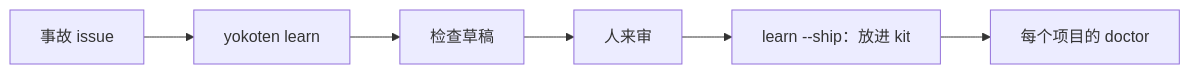
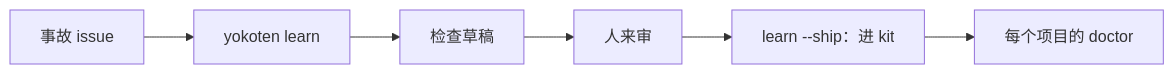
The second of 2 diagrams in docs/i18n/zh-CN/guide.md (coo1white/yokoten), drawn with Mermaid before and after one commit. The commit also changed other lines of this file and 6 other files, not shown here.

````diff
--- a/docs/i18n/zh-CN/guide.md
+++ b/docs/i18n/zh-CN/guide.md
@@ -1021,8 +423,8 @@
 ```mermaid
 flowchart LR
   A[事故 issue] --> B[yokoten learn]
   B --> C[检查草稿]
   C --> D[人来审]
-  D --> E[learn --ship：放进 kit]
+  D --> E[learn --ship：进 kit]
   E --> F[每个项目的 doctor]
 ```
````
